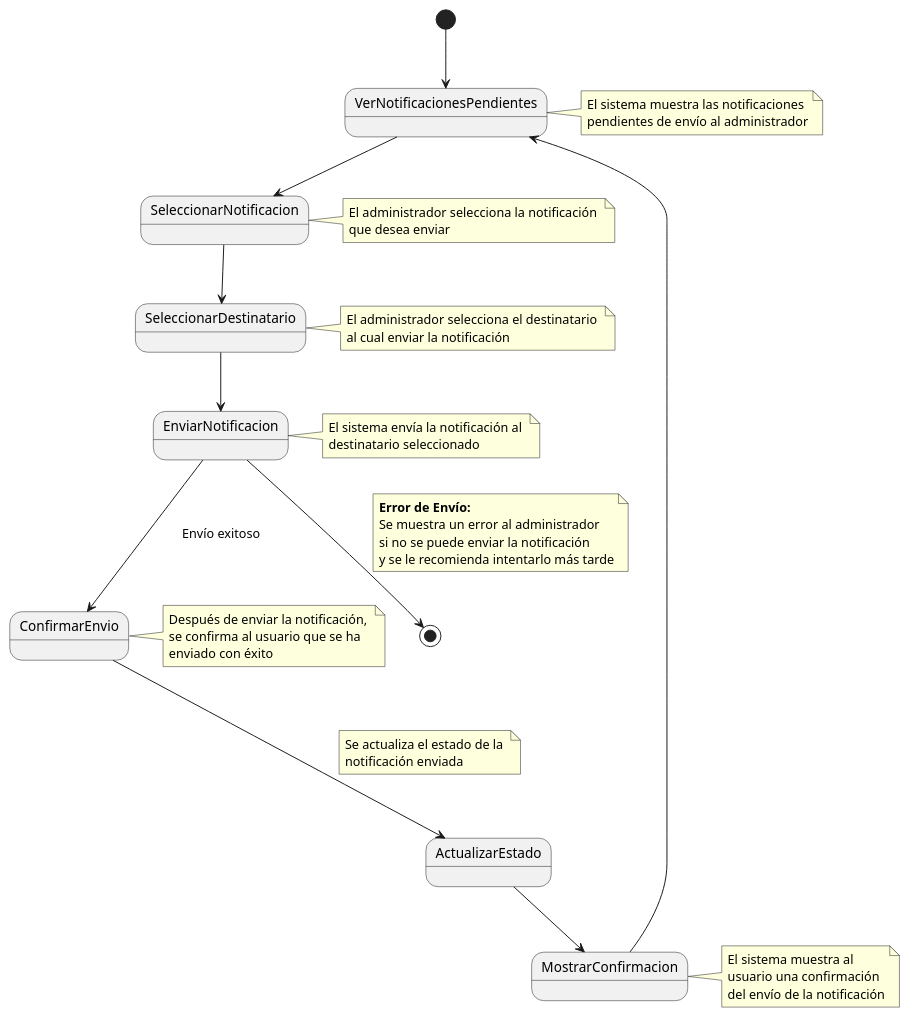
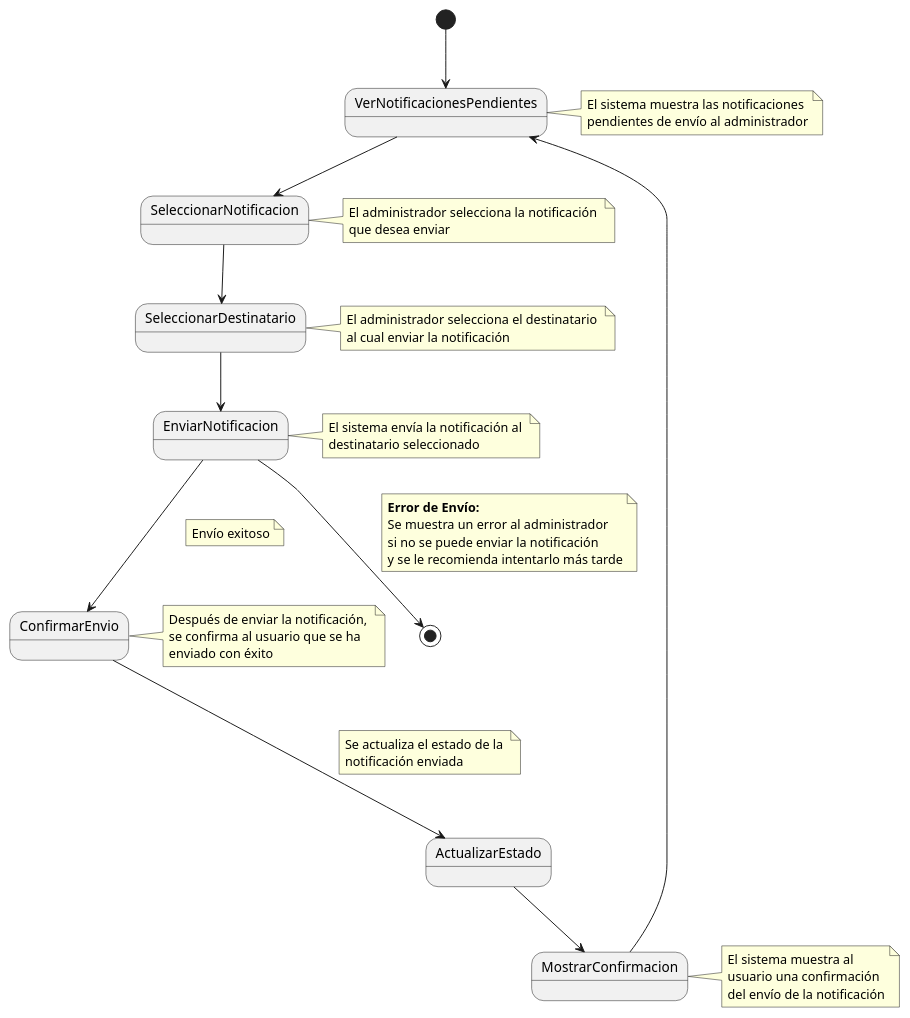
The diagram in CasosDeUso/CduDetallados/CduNotficaciones/EnviarNotificaciones.puml (pablarce/23-24-IdSw1-SDR), drawn with PlantUML before and after one commit. The commit also changed 5 other files, not shown here.

```diff
--- a/CasosDeUso/CduDetallados/CduNotficaciones/EnviarNotificaciones.puml
+++ b/CasosDeUso/CduDetallados/CduNotficaciones/EnviarNotificaciones.puml
@@ -1,56 +1,59 @@
 @startuml
 
 [*] --> VerNotificacionesPendientes
 note right of VerNotificacionesPendientes
  El sistema muestra las notificaciones 
  pendientes de envío al administrador
 end note
 
 VerNotificacionesPendientes --> SeleccionarNotificacion
 note right of SeleccionarNotificacion
  El administrador selecciona la notificación 
  que desea enviar
 end note
 
 SeleccionarNotificacion --> SeleccionarDestinatario
 note right of SeleccionarDestinatario
  El administrador selecciona el destinatario 
  al cual enviar la notificación
 end note
 
 SeleccionarDestinatario --> EnviarNotificacion
 note right of EnviarNotificacion
  El sistema envía la notificación al 
  destinatario seleccionado
 end note
 
-EnviarNotificacion --> ConfirmarEnvio : Envío exitoso
+EnviarNotificacion --> ConfirmarEnvio
+note on link
+Envío exitoso
+end note
 note right of ConfirmarEnvio
  Después de enviar la notificación, 
  se confirma al usuario que se ha 
  enviado con éxito
 end note
 
 EnviarNotificacion --> [*]
 note on link
 **Error de Envío:**
 Se muestra un error al administrador 
 si no se puede enviar la notificación
 y se le recomienda intentarlo más tarde
 end note
 
 ConfirmarEnvio ---> ActualizarEstado
 note  on  link
 Se actualiza el estado de la 
 notificación enviada
 end note
 
 ActualizarEstado --> MostrarConfirmacion
 note right of MostrarConfirmacion
 El sistema muestra al 
 usuario una confirmación 
 del envío de la notificación
 end note
 
 MostrarConfirmacion --> VerNotificacionesPendientes
 @enduml
```
